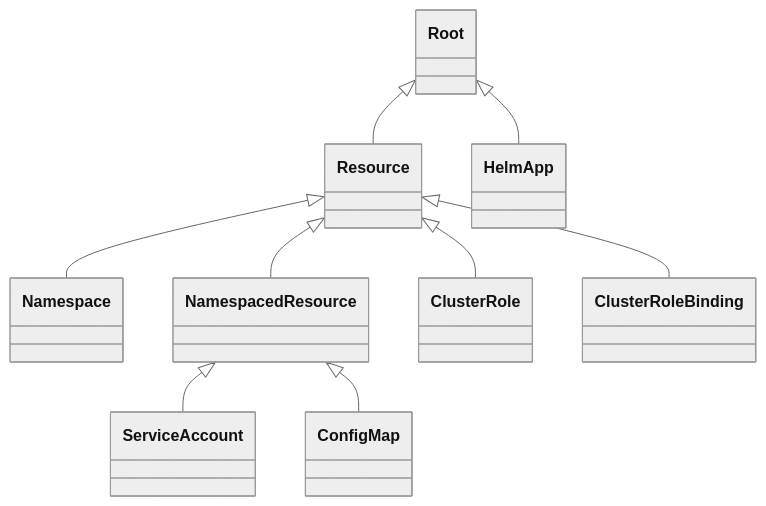
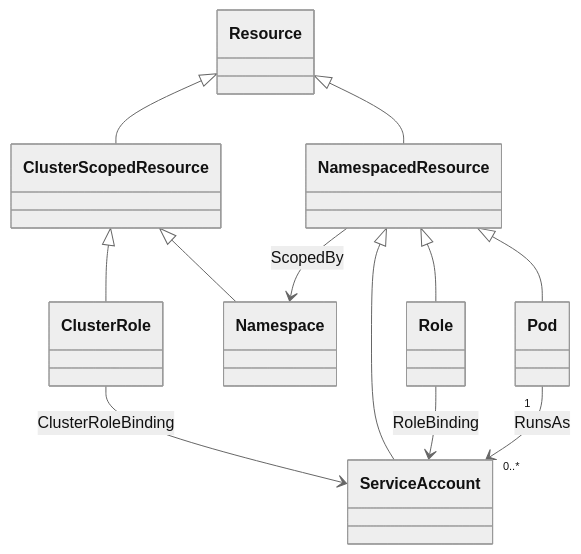
One commit to oasis-open/tosca-community-contributions changed the second of 5 diagrams in profiles/community/tosca/kubernetes/README.md. Above: the diagram before and after it, drawn with Mermaid (neutral theme). The commit also changed other lines of this file and 1 other file, not shown here.

````diff
--- a/profiles/community/tosca/kubernetes/README.md
+++ b/profiles/community/tosca/kubernetes/README.md
@@ -66,11 +47,14 @@
 ```mermaid
 classDiagram
-    Root <|-- Resource
-    Resource <|-- Namespace
+    Resource <|-- ClusterScopedResource
     Resource <|-- NamespacedResource
+    ClusterScopedResource <|-- ClusterRole	
+    ClusterScopedResource <|-- Namespace	
+    NamespacedResource --> Namespace:ScopedBy
     NamespacedResource <|-- ServiceAccount
-    Resource <|-- ClusterRole
-    Resource <|-- ClusterRoleBinding
-    NamespacedResource <|-- ConfigMap
-    Root <|-- HelmApp
+    NamespacedResource <|-- Role
+    NamespacedResource <|-- Pod
+    Pod "1" --> "0..*" ServiceAccount:RunsAs
+    Role --> ServiceAccount:RoleBinding
+    ClusterRole --> ServiceAccount:ClusterRoleBinding
 ```
````
